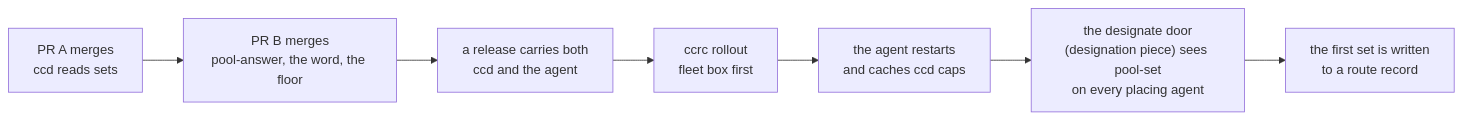
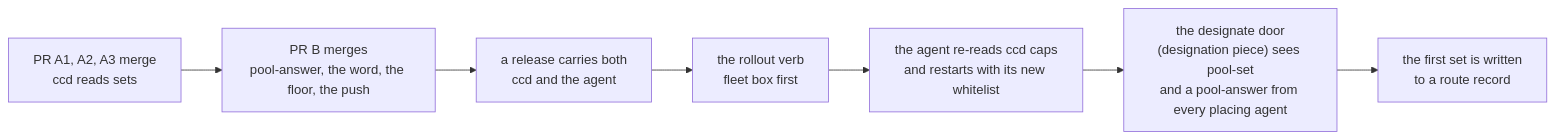
One commit to Synapsium-Labs/ccrc-pwa changed the second of 2 diagrams in docs/superpowers/plans/2026-11-14-overlord-w1/w1-pool-set.md. Above: the diagram before and after it, drawn with Mermaid. The commit also changed other lines of this file, not shown here.

First line of the commit message:
docs(plan): pool set, fix round 1 (review 2085)

````diff
--- a/docs/superpowers/plans/2026-11-14-overlord-w1/w1-pool-set.md
+++ b/docs/superpowers/plans/2026-11-14-overlord-w1/w1-pool-set.md
@@ -719,9 +910,9 @@
 ```mermaid
 flowchart LR
-  A["PR A merges<br/>ccd reads sets"] --> B["PR B merges<br/>pool-answer, the word, the floor"]
+  A["PR A1, A2, A3 merge<br/>ccd reads sets"] --> B["PR B merges<br/>pool-answer, the word, the floor, the push"]
   B --> R["a release carries both<br/>ccd and the agent"]
-  R --> U["ccrc rollout<br/>fleet box first"]
-  U --> C["the agent restarts<br/>and caches ccd caps"]
-  C --> D["the designate door<br/>(designation piece) sees pool-set<br/>on every placing agent"]
+  R --> U["the rollout verb<br/>fleet box first"]
+  U --> C["the agent re-reads ccd caps<br/>and restarts with its new whitelist"]
+  C --> D["the designate door<br/>(designation piece) sees pool-set<br/>and a pool-answer from every placing agent"]
   D --> W["the first set is written<br/>to a route record"]
 ```
````
